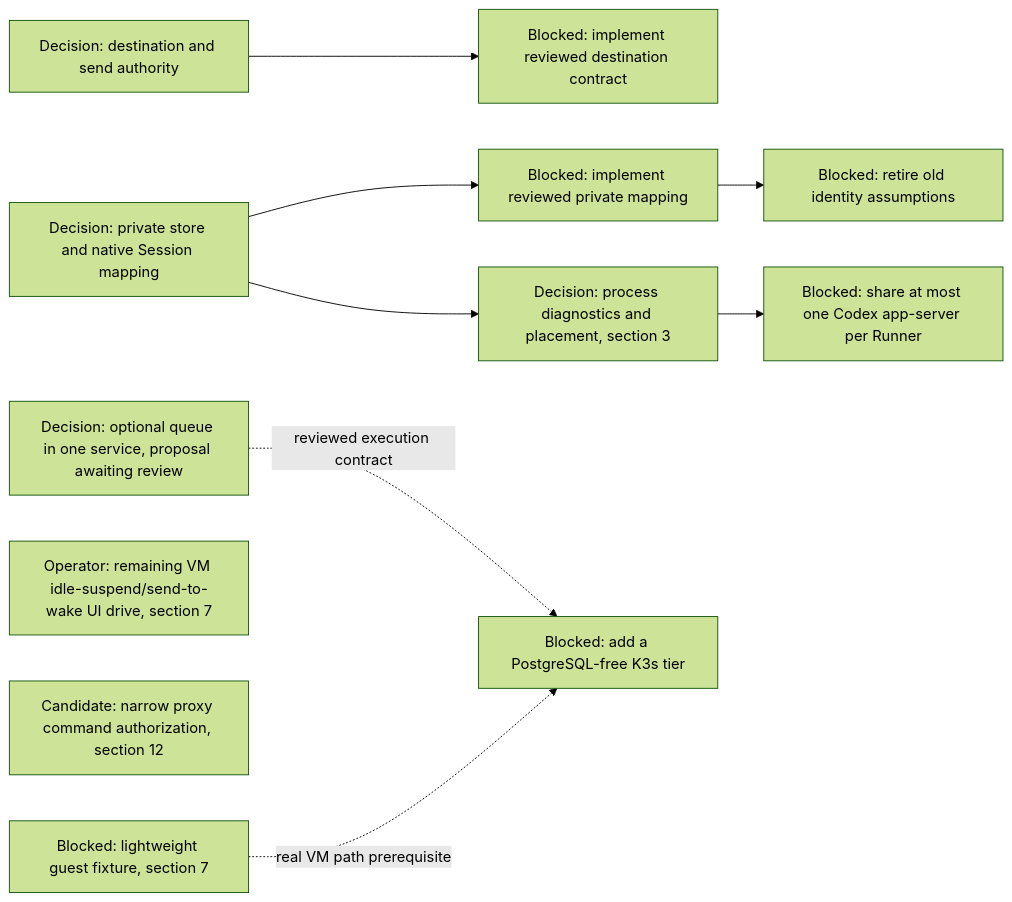
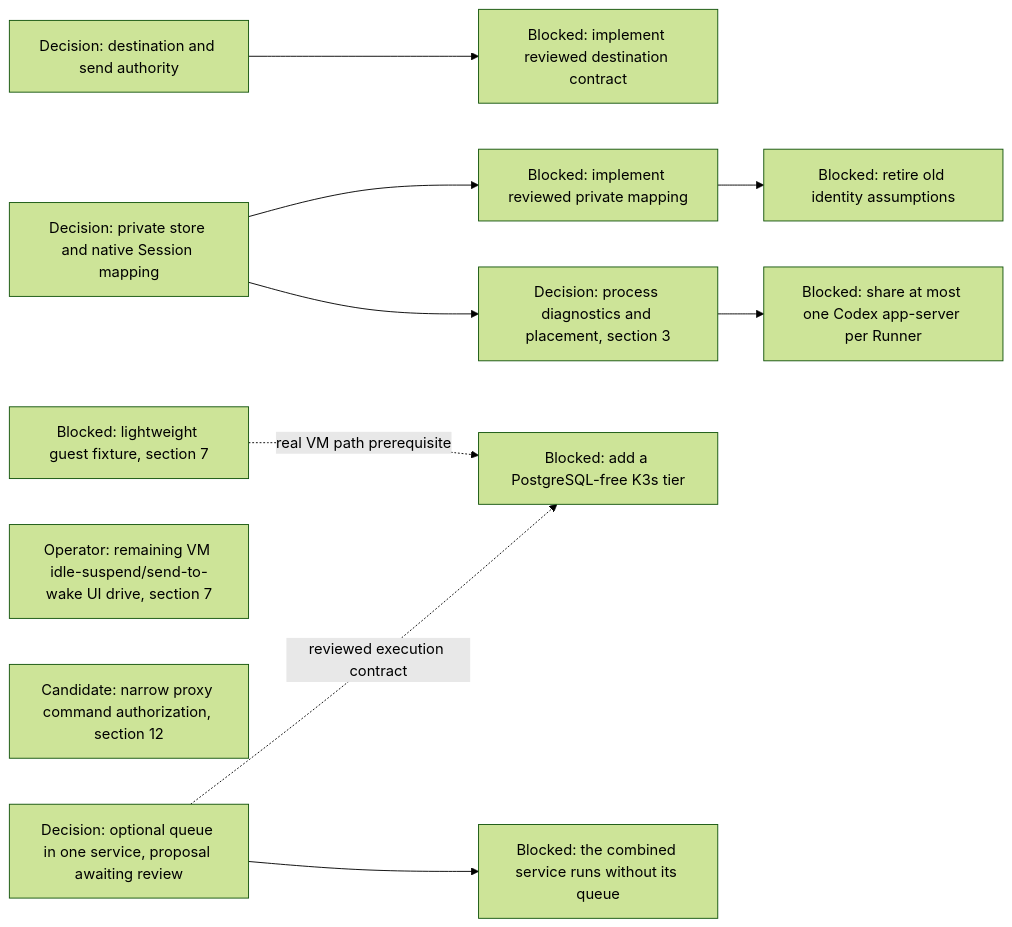
Before and after one commit to agentydragon/ducktape: diagram 15 of 17 in agentplane/plans/task_dag.md, drawn with Mermaid (forest theme). The commit also changed other lines of this file, not shown here.

First line of the commit message:
agentplane: add DISPATCHER_QUEUE_OPTIONAL to the task DAG

````diff
--- a/agentplane/plans/task_dag.md
+++ b/agentplane/plans/task_dag.md
@@ -1709,21 +1709,22 @@
 ```mermaid
 flowchart LR
     DISPATCHER_PERSISTENCE_MODEL_DESIGN[Decision: optional queue in one service, proposal awaiting review]
     DELIVERY_DESTINATION_AUTHORITY_DESIGN[Decision: destination and send authority]
     DELIVERY_DESTINATION_CONTRACT[Blocked: implement reviewed destination contract]
     HARNESS_IDENTITY_DESIGN[Decision: private store and native Session mapping]
     RUNNER_STORE_SESSION_IDENTITY[Blocked: implement reviewed private mapping]
     RUNNER_IDENTITY_LEGACY_CLEANUP[Blocked: retire old identity assumptions]
     IDLE_SUSPEND_UI_DRIVE[Operator: remaining VM idle-suspend/send-to-wake UI drive, section 7]
     PROXY_START_METHODS_DISPATCHER_ONLY[Candidate: narrow proxy command authorization, section 12]
     RUNNER_HARNESS_OBJECTS_DESIGN[Decision: process diagnostics and placement, section 3]
     CNPG_FREE_K3S_INTEGRATION_TIER[Blocked: add a PostgreSQL-free K3s tier]
     K3S_VM_IMAGE[Blocked: lightweight guest fixture, section 7]
     DELIVERY_DESTINATION_AUTHORITY_DESIGN --> DELIVERY_DESTINATION_CONTRACT
     RUNNER_STORE_SESSION_IDENTITY --> RUNNER_IDENTITY_LEGACY_CLEANUP
     HARNESS_IDENTITY_DESIGN --> RUNNER_STORE_SESSION_IDENTITY
     HARNESS_IDENTITY_DESIGN --> RUNNER_HARNESS_OBJECTS_DESIGN
     RUNNER_HARNESS_OBJECTS_DESIGN --> RUNNER_CODEX_SHARED_PROCESS[Blocked: share at most one Codex app-server per Runner]
     DISPATCHER_PERSISTENCE_MODEL_DESIGN -. reviewed execution contract .-> CNPG_FREE_K3S_INTEGRATION_TIER
+    DISPATCHER_PERSISTENCE_MODEL_DESIGN --> DISPATCHER_QUEUE_OPTIONAL[Blocked: the combined service runs without its queue]
     K3S_VM_IMAGE -. real VM path prerequisite .-> CNPG_FREE_K3S_INTEGRATION_TIER
 ```
````
